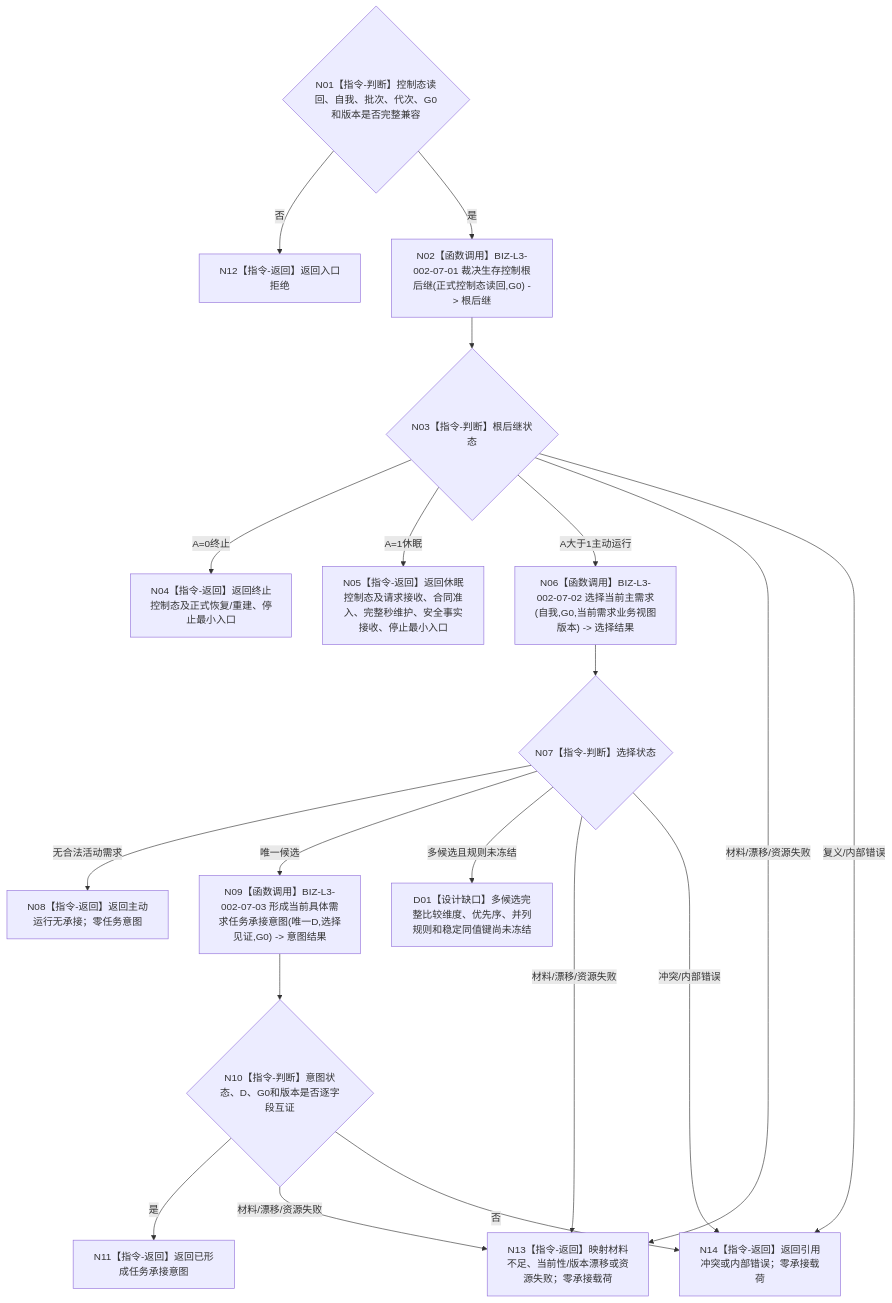
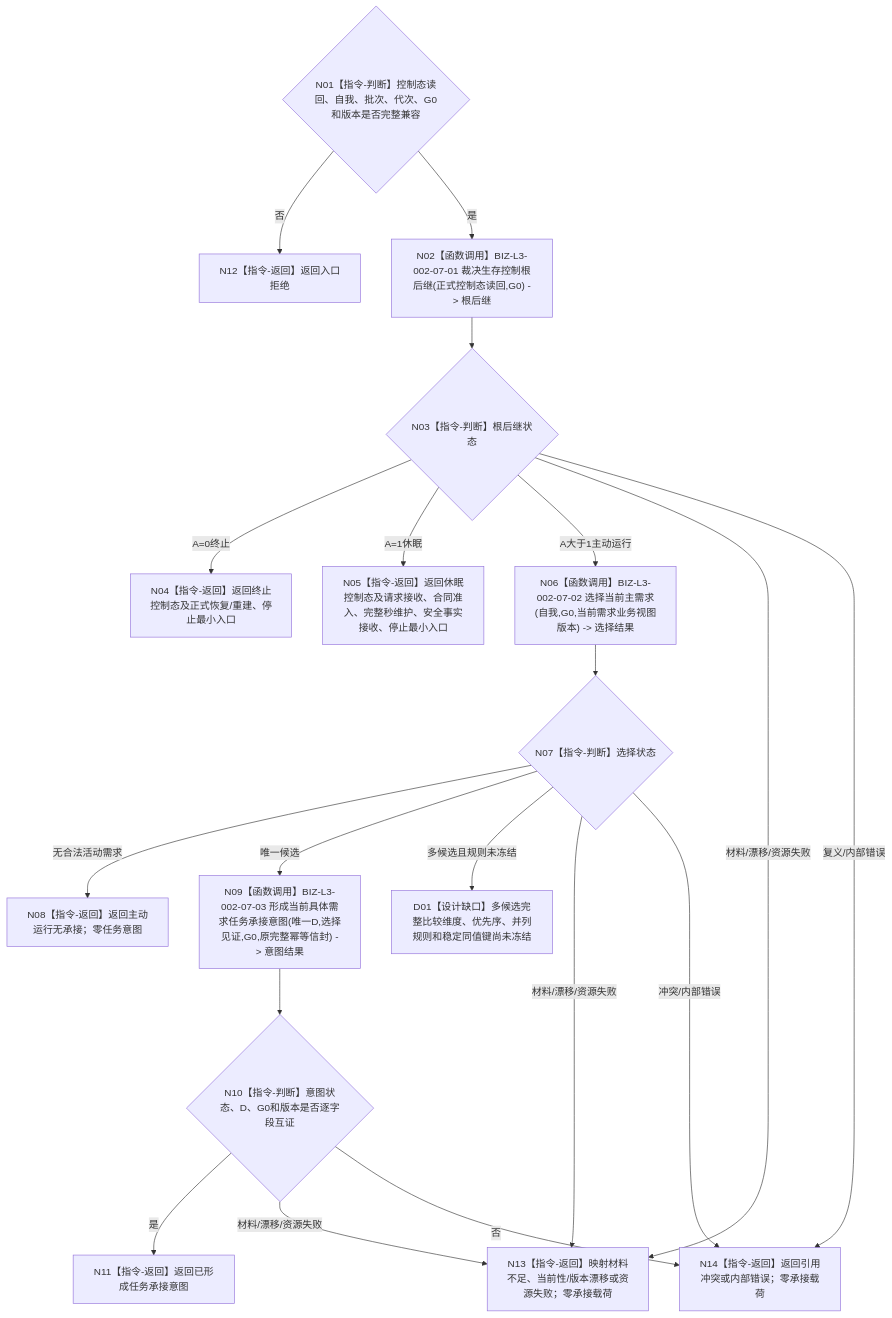
Before and after one commit to chunhaizh-cyber/HY-Ego: the diagram in 流程图/目标业务流程图/L2/BIZ-L2-002-07_裁决生存控制与当前具体需求承接后继_目标函数流程图_v0.2.md, drawn with Mermaid. The commit also changed other lines of this file and 22 other files, not shown here.

````diff
--- a/流程图/目标业务流程图/L2/BIZ-L2-002-07_裁决生存控制与当前具体需求承接后继_目标函数流程图_v0.2.md
+++ b/流程图/目标业务流程图/L2/BIZ-L2-002-07_裁决生存控制与当前具体需求承接后继_目标函数流程图_v0.2.md
@@ -35,34 +35,34 @@
 ```mermaid
 flowchart TD
     N01{"N01【指令-判断】控制态读回、自我、批次、代次、G0和版本是否完整兼容"}
     N02["N02【函数调用】BIZ-L3-002-07-01 裁决生存控制根后继(正式控制态读回,G0) -> 根后继"]
     N03{"N03【指令-判断】根后继状态"}
     N04["N04【指令-返回】返回终止控制态及正式恢复/重建、停止最小入口"]
     N05["N05【指令-返回】返回休眠控制态及请求接收、合同准入、完整秒维护、安全事实接收、停止最小入口"]
     N06["N06【函数调用】BIZ-L3-002-07-02 选择当前主需求(自我,G0,当前需求业务视图版本) -> 选择结果"]
     N07{"N07【指令-判断】选择状态"}
     N08["N08【指令-返回】返回主动运行无承接；零任务意图"]
     D01["D01【设计缺口】多候选完整比较维度、优先序、并列规则和稳定同值键尚未冻结"]
-    N09["N09【函数调用】BIZ-L3-002-07-03 形成当前具体需求任务承接意图(唯一D,选择见证,G0) -> 意图结果"]
+    N09["N09【函数调用】BIZ-L3-002-07-03 形成当前具体需求任务承接意图(唯一D,选择见证,G0,原完整幂等信封) -> 意图结果"]
     N10{"N10【指令-判断】意图状态、D、G0和版本是否逐字段互证"}
     N11["N11【指令-返回】返回已形成任务承接意图"]
     N12["N12【指令-返回】返回入口拒绝"]
     N13["N13【指令-返回】映射材料不足、当前性/版本漂移或资源失败；零承接载荷"]
     N14["N14【指令-返回】返回引用冲突或内部错误；零承接载荷"]
 
     N01 -->|否| N12
     N01 -->|是| N02 --> N03
     N03 -->|A=0终止| N04
     N03 -->|A=1休眠| N05
     N03 -->|A大于1主动运行| N06 --> N07
     N03 -->|材料/漂移/资源失败| N13
     N03 -->|复义/内部错误| N14
     N07 -->|无合法活动需求| N08
     N07 -->|唯一候选| N09 --> N10
     N07 -->|多候选且规则未冻结| D01
     N07 -->|材料/漂移/资源失败| N13
     N07 -->|冲突/内部错误| N14
     N10 -->|是| N11
     N10 -->|材料/漂移/资源失败| N13
     N10 -->|否| N14
 ```
````
